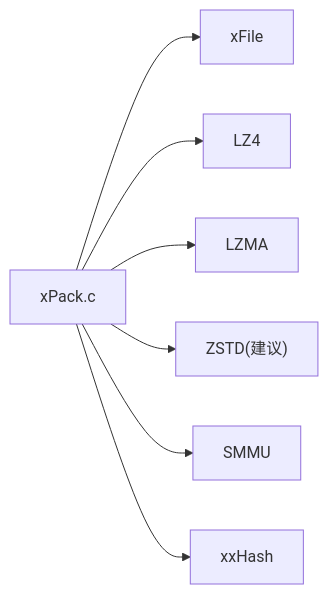
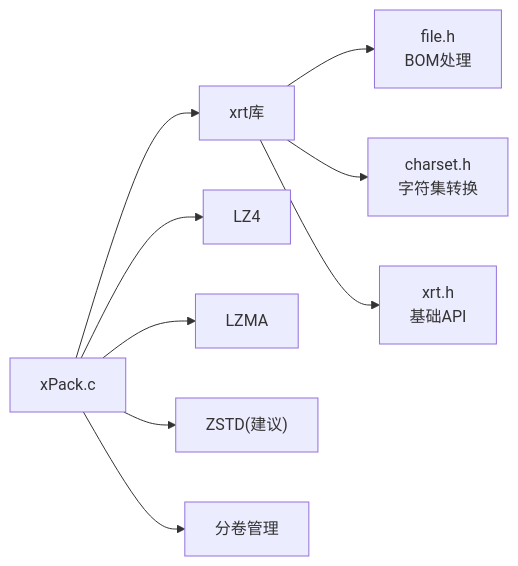
Before and after one commit to xywhsoft/xpack: the fourth of 4 diagrams in .qoder/repowiki/zh/content/API参考手册/文件操作API.md, drawn with Mermaid. The commit also changed other lines of this file and 42 other files, not shown here.

````diff
--- a/.qoder/repowiki/zh/content/API参考手册/文件操作API.md
+++ b/.qoder/repowiki/zh/content/API参考手册/文件操作API.md
@@ -210,9 +290,11 @@
 ```mermaid
 graph LR
-XPK["xPack.c"] --> XF["xFile"]
+XPK["xPack.c"] --> XRT["xrt库"]
+XRT --> FH["file.h<br/>BOM处理"]
+XRT --> CH["charset.h<br/>字符集转换"]
+XRT --> XH["xrt.h<br/>基础API"]
 XPK --> LZ4["LZ4"]
 XPK --> LZMA["LZMA"]
 XPK --> ZSTD["ZSTD(建议)"]
-XPK --> SMMU["SMMU"]
-XPK --> XXH["xxHash"]
+XPK --> VOL["分卷管理"]
 ```
````
